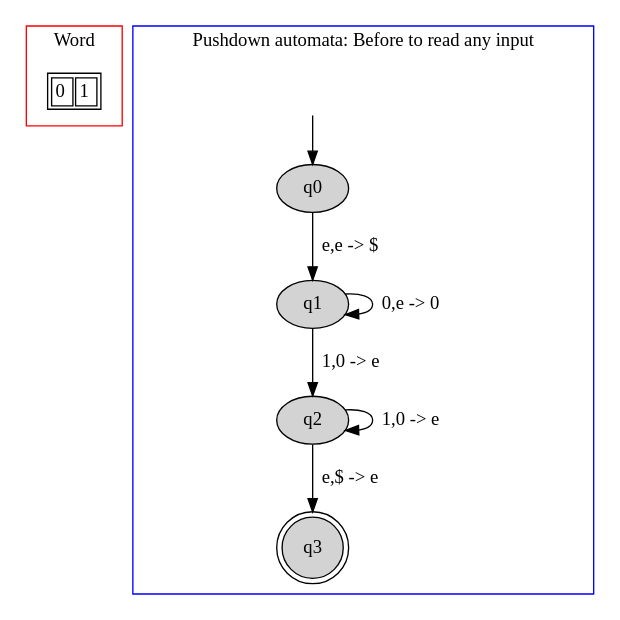
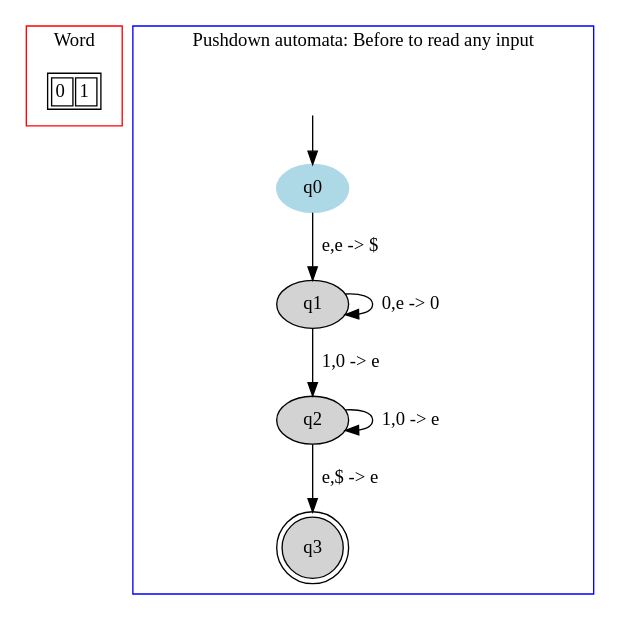
The diagram in PA/images/file0.dot (danielScLima/pushdown_automata), drawn with Graphviz before and after one commit. The commit also changed 2 other files, not shown here.

```diff
--- a/PA/images/file0.dot
+++ b/PA/images/file0.dot
@@ -1,30 +1,30 @@
 digraph G {
 	subgraph cluster_0 {
 		node [shape=plaintext];
 
 struct1 [label=<<TABLE>
 <TR>
 <TD><FONT>0</FONT></TD>
 <TD><FONT>1</FONT></TD>
 </TR>
 </TABLE>>];
 label = "Word";
 color=red;
 }
 	subgraph cluster_1 {
 		node [style=filled];
 		label = "Pushdown automata: Before to read any input"
 		color=blue;
 
-		q0;
+		q0 [color="lightblue"];
 		q1;
 		q2;
 		q3 [shape="doublecircle"];
 		q0->q1[label="e,e -> $"];
 		q1->q1[label="0,e -> 0"];
 		q1->q2[label="1,0 -> e"];
 		q2->q2[label="1,0 -> e"];
 		q2->q3[label="e,$ -> e"];
 x [color=white, label=""];		x->q0	}
 
 }
```
